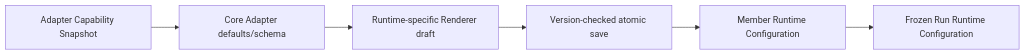
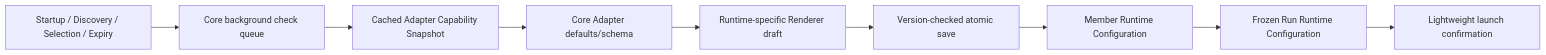
Before and after one commit to murray17/rovai-ai: the diagram in docs/versions/v0.26/production-design.md, drawn with Mermaid. The commit also changed other lines of this file and 44 other files, not shown here.

````diff
--- a/docs/versions/v0.26/production-design.md
+++ b/docs/versions/v0.26/production-design.md
@@ -49,8 +81,11 @@
 ```mermaid
 flowchart LR
-  S["Adapter Capability Snapshot"] --> C["Core Adapter defaults/schema"]
+  T["Startup / Discovery / Selection / Expiry"] --> B["Core background check queue"]
+  B --> S["Cached Adapter Capability Snapshot"]
+  S --> C["Core Adapter defaults/schema"]
   C --> D["Runtime-specific Renderer draft"]
   D --> V["Version-checked atomic save"]
   V --> P["Member Runtime Configuration"]
   P --> F["Frozen Run Runtime Configuration"]
+  F --> L["Lightweight launch confirmation"]
 ```
````
